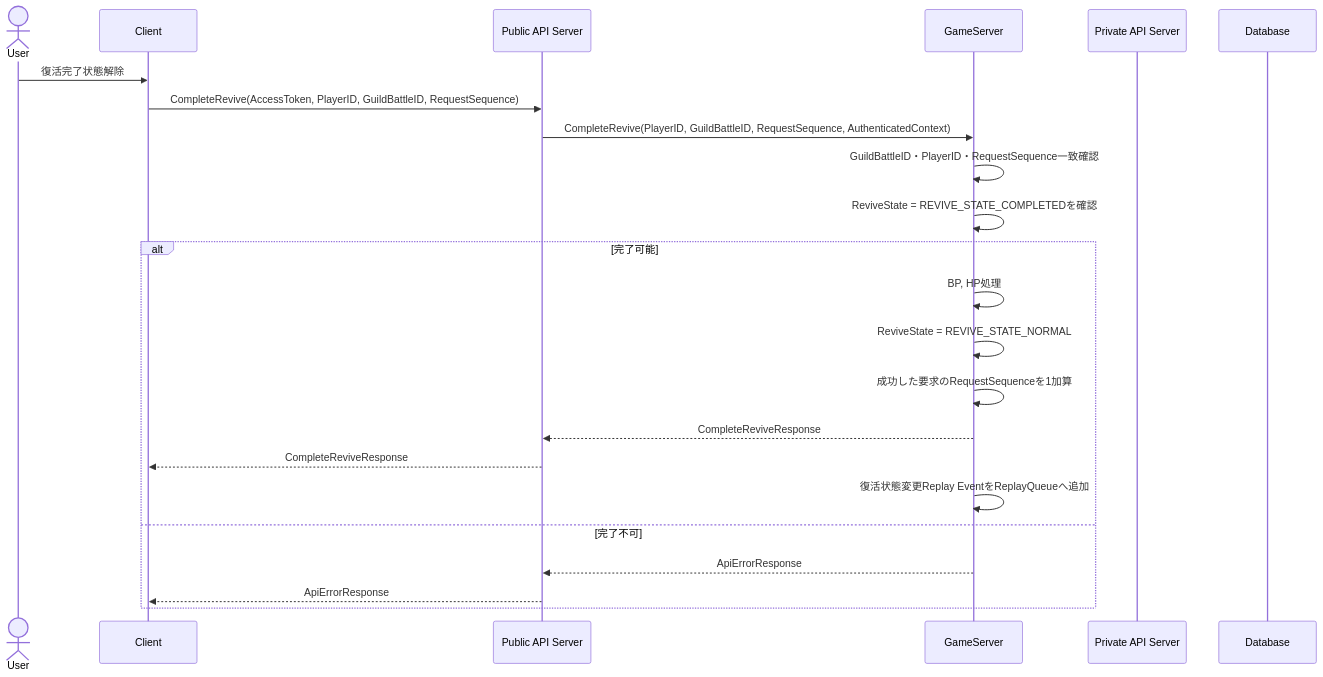
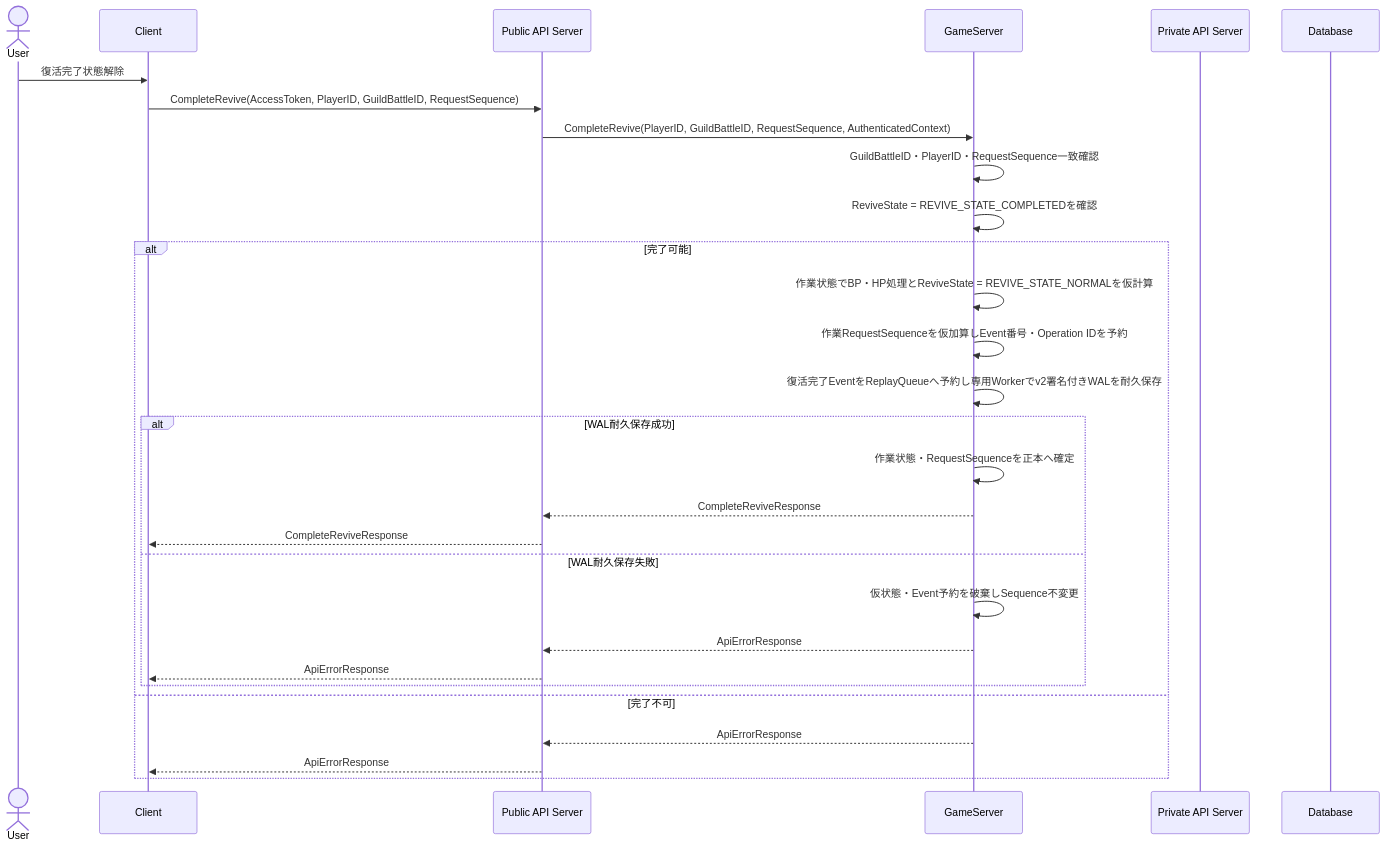
Before and after one commit to ReHydrangeaOdyssey/Specifications: diagram 13 of 14 in design/server/guild_battle.md, drawn with Mermaid. The commit also changed other lines of this file and 8 other files, not shown here.

````diff
--- a/design/server/guild_battle.md
+++ b/design/server/guild_battle.md
@@ -626,29 +684,34 @@
 ```mermaid
 sequenceDiagram
     actor User
     participant Client
     participant PublicAPIServer as Public API Server
     participant GameServer
     participant PrivateAPIServer as Private API Server
     participant Database
 
     User->>Client: 復活完了状態解除
     Client->>PublicAPIServer: CompleteRevive(AccessToken, PlayerID, GuildBattleID, RequestSequence)
     PublicAPIServer->>GameServer: CompleteRevive(PlayerID, GuildBattleID, RequestSequence, AuthenticatedContext)
 
     GameServer->>GameServer: GuildBattleID・PlayerID・RequestSequence一致確認
     GameServer->>GameServer: ReviveState = REVIVE_STATE_COMPLETEDを確認
 
     alt 完了可能
-        GameServer->>GameServer: BP, HP処理
-        GameServer->>GameServer: ReviveState = REVIVE_STATE_NORMAL
-        GameServer->>GameServer: 成功した要求のRequestSequenceを1加算
-        GameServer-->>PublicAPIServer: CompleteReviveResponse
-        PublicAPIServer-->>Client: CompleteReviveResponse
-
-        GameServer ->> GameServer: 復活状態変更Replay EventをReplayQueueへ追加
+        GameServer->>GameServer: 作業状態でBP・HP処理とReviveState = REVIVE_STATE_NORMALを仮計算
+        GameServer->>GameServer: 作業RequestSequenceを仮加算しEvent番号・Operation IDを予約
+        GameServer->>GameServer: 復活完了EventをReplayQueueへ予約し専用Workerでv2署名付きWALを耐久保存
+        alt WAL耐久保存成功
+            GameServer->>GameServer: 作業状態・RequestSequenceを正本へ確定
+            GameServer-->>PublicAPIServer: CompleteReviveResponse
+            PublicAPIServer-->>Client: CompleteReviveResponse
+        else WAL耐久保存失敗
+            GameServer->>GameServer: 仮状態・Event予約を破棄しSequence不変更
+            GameServer-->>PublicAPIServer: ApiErrorResponse
+            PublicAPIServer-->>Client: ApiErrorResponse
+        end
     else 完了不可
         GameServer-->>PublicAPIServer: ApiErrorResponse
         PublicAPIServer-->>Client: ApiErrorResponse
     end
 ```
````
